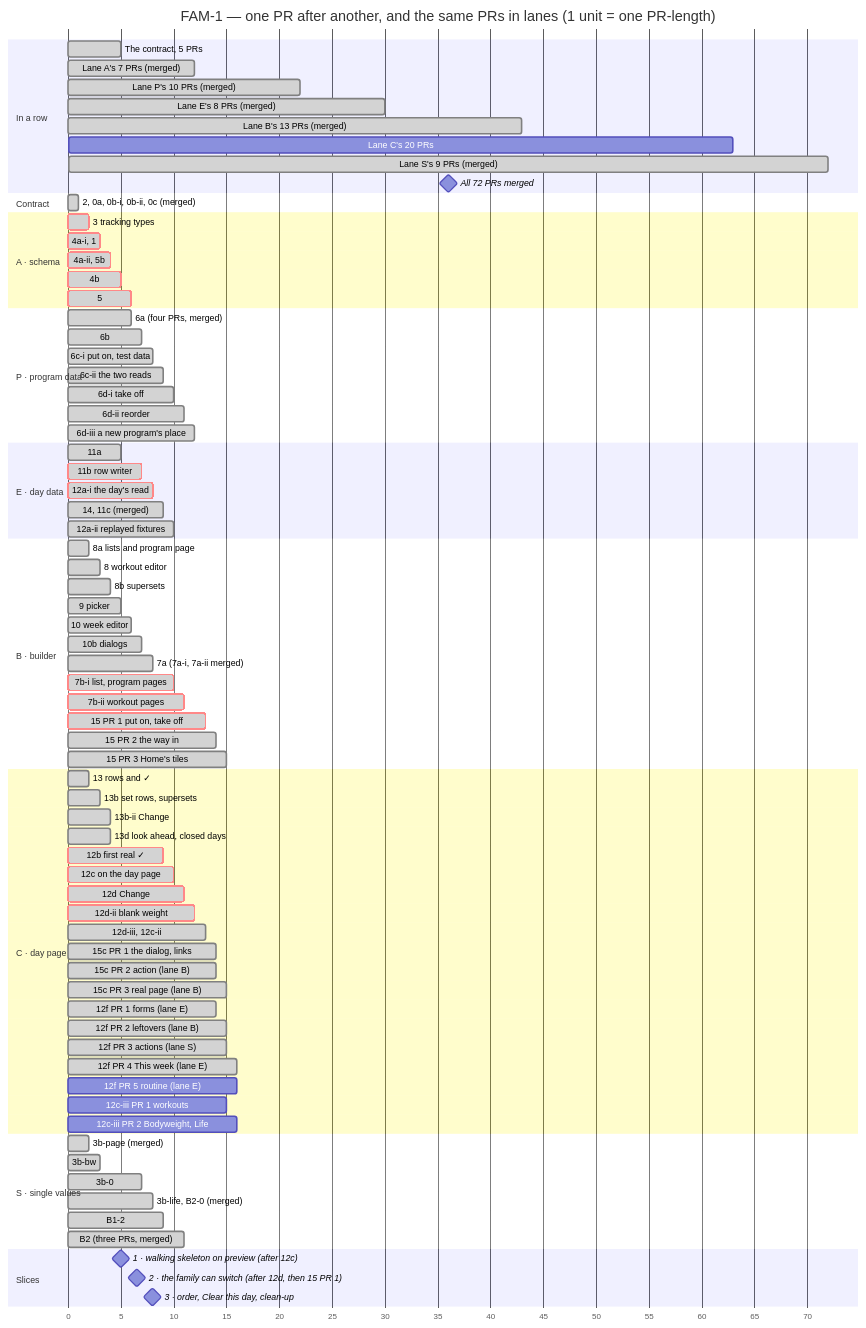
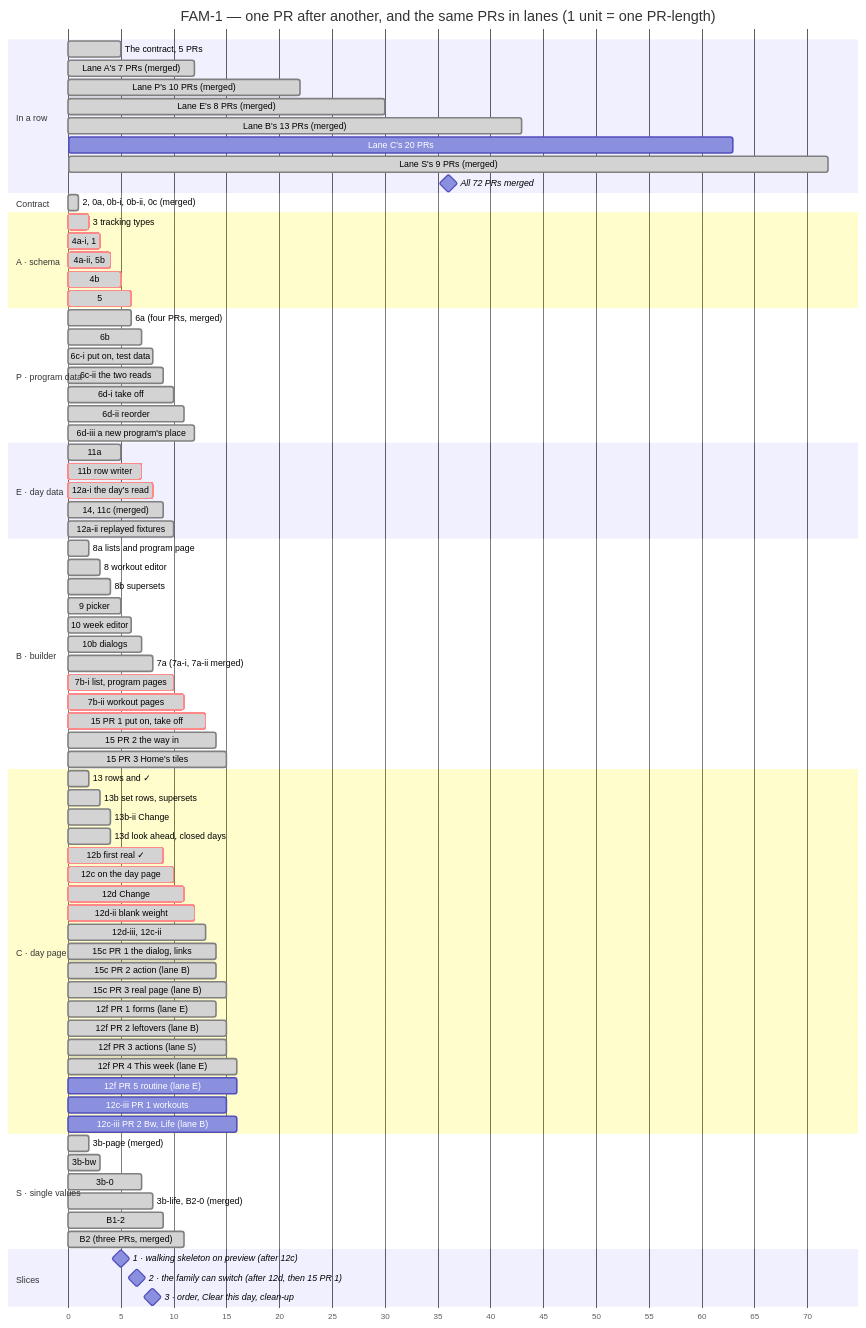
The second of 2 diagrams in docs/milestones/fam-1-family-program.md (ralamode/mat-plan), drawn with Mermaid before and after one commit. The commit also changed other lines of this file and 4 other files, not shown here.

Commit message:
docs(fam-1): the programs line is built as the prototype (#758); three copy lines; lane b builds 12c-iii pr 2

```diff
--- a/docs/milestones/fam-1-family-program.md
+++ b/docs/milestones/fam-1-family-program.md
@@ -333,7 +333,7 @@
   12f PR 4 This week (lane E)  :done, c9d, 15, 16
   12f PR 5 routine (lane E)    :c9e, 15, 16
   12c-iii PR 1 workouts        :c8a, 14, 15
-  12c-iii PR 2 Bodyweight, Life :c8b, 15, 16
+  12c-iii PR 2 Bw, Life (lane B) :c8b, 15, 16
 
   section S · single values
   3b-page (merged)             :done, s1, 1, 2
```
